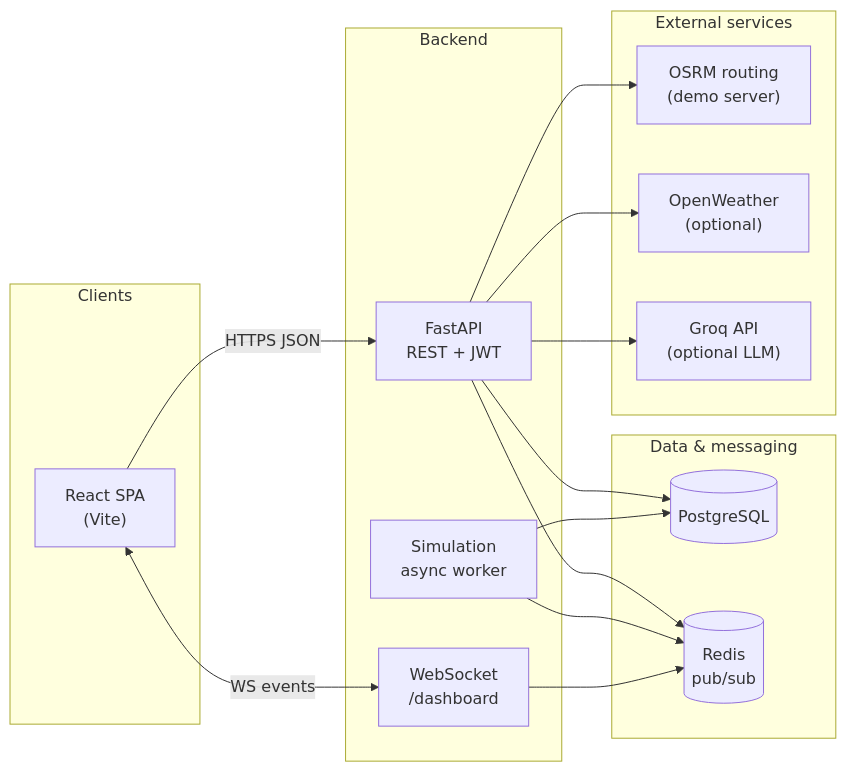
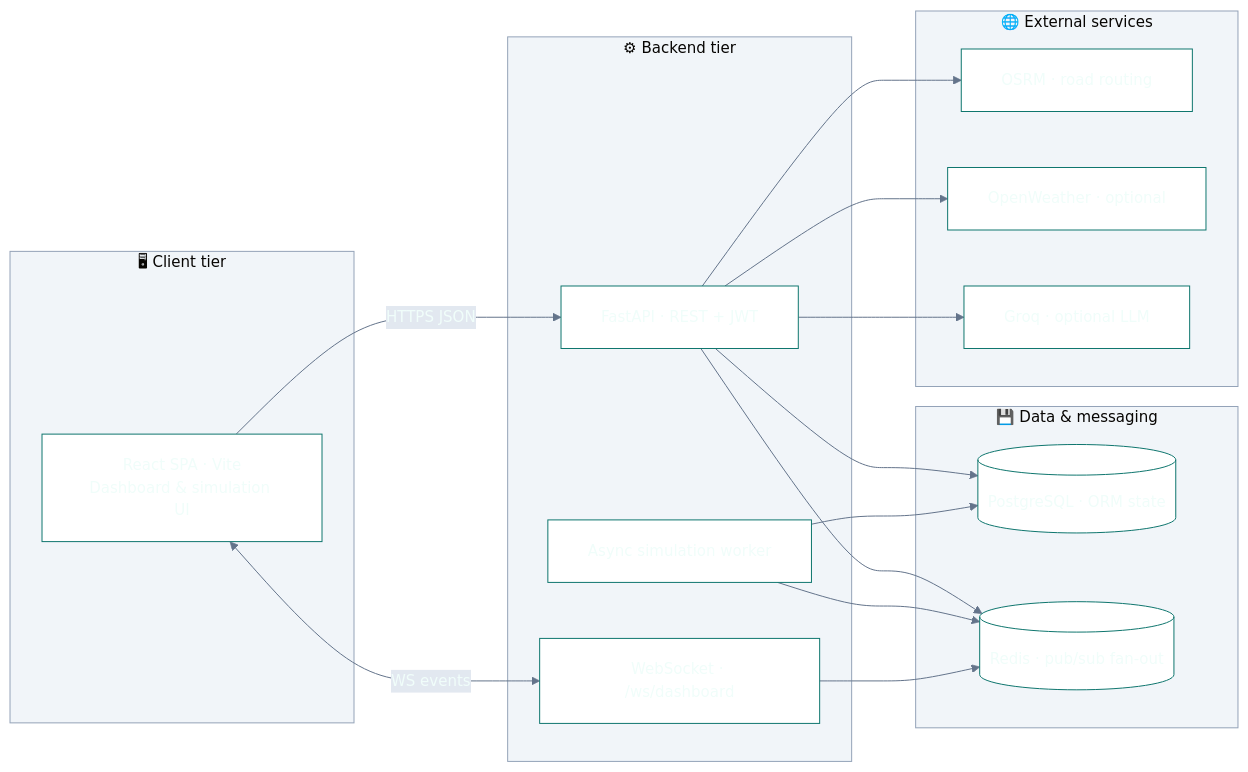
The first of 7 diagrams in docs/FLOWCHARTS.md (dhanyakini/PharmAI-Chain), drawn with Mermaid before and after one commit. The commit also changed other lines of this file and 8 other files, not shown here.

Commit message:
Update documentation to include architecture diagrams and PNG export instructions in README and FLOWCHARTS.md

````diff
--- a/docs/FLOWCHARTS.md
+++ b/docs/FLOWCHARTS.md
@@ -11,34 +13,35 @@
 ```mermaid
+%%{init: {'theme':'base','themeVariables':{'primaryColor':'#0d9488','primaryTextColor':'#f0fdfa','primaryBorderColor':'#0f766e','secondaryColor':'#e2e8f0','secondaryTextColor':'#1e293b','tertiaryColor':'#f8fafc','lineColor':'#64748b','textColor':'#0f172a','clusterBkg':'#f1f5f9','clusterBorder':'#94a3b8','mainBkg':'#ffffff','fontFamily':'ui-sans-serif, system-ui, sans-serif','fontSize':'15px'},'flowchart':{'curve':'basis','padding':20,'nodeSpacing':56,'rankSpacing':64}}}%%
 flowchart LR
-  subgraph clients["Clients"]
-    UI["React SPA\n(Vite)"]
+  subgraph clients[" 🖥 Client tier "]
+    UI["React SPA · Vite<br/>Dashboard & simulation UI"]
   end
 
-  subgraph backend["Backend"]
-    API["FastAPI\nREST + JWT"]
-    WS["WebSocket\n/dashboard"]
-    Worker["Simulation\nasync worker"]
+  subgraph backend[" ⚙ Backend tier "]
+    API["FastAPI · REST + JWT"]
+    WS["WebSocket · /ws/dashboard"]
+    Worker["Async simulation worker"]
   end
 
-  subgraph data["Data & messaging"]
-    PG[("PostgreSQL")]
-    RD[("Redis\npub/sub")]
+  subgraph data[" 💾 Data & messaging "]
+    PG[("PostgreSQL · ORM state")]
+    RD[("Redis · pub/sub fan-out")]
   end
 
-  subgraph external["External services"]
-    OSRM["OSRM routing\n(demo server)"]
-    OW["OpenWeather\n(optional)"]
-    GROQ["Groq API\n(optional LLM)"]
+  subgraph external[" 🌐 External services "]
+    OSRM["OSRM · road routing"]
+    OW["OpenWeather · optional"]
+    GROQ["Groq · optional LLM"]
   end
 
-  UI -->|HTTPS JSON| API
-  UI <-->|WS events| WS
+  UI -->|"HTTPS JSON"| API
+  UI <-->|"WS events"| WS
   API --> PG
   API --> RD
   Worker --> PG
   Worker --> RD
   WS --> RD
   API --> OSRM
   API --> OW
   API --> GROQ
 ```
````
